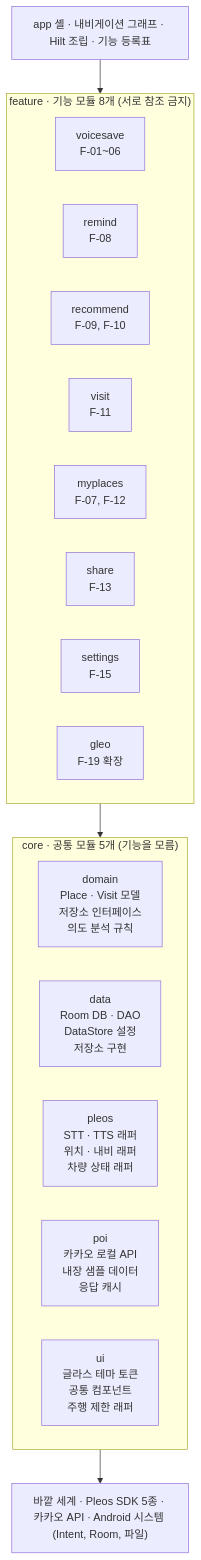
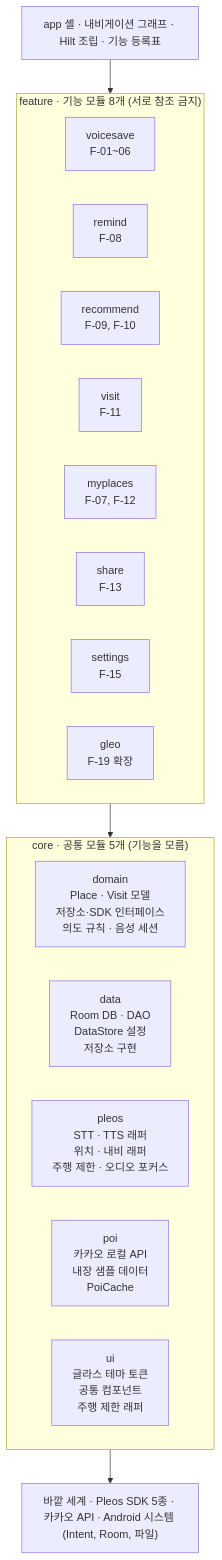
One commit to easycd/Hyundai_Pleos_App_Competition changed the first of 3 diagrams in docs/03_기술서.md. Above: the diagram before and after it, drawn with Mermaid. The commit also changed other lines of this file and 47 other files, not shown here.

````diff
--- a/docs/03_기술서.md
+++ b/docs/03_기술서.md
@@ -47,25 +49,25 @@
 ```mermaid
 flowchart TB
   APP["app 셸 · 내비게이션 그래프 · Hilt 조립 · 기능 등록표"]
   subgraph FEATURE["feature · 기능 모듈 8개 (서로 참조 금지)"]
     direction LR
     voicesave["voicesave<br/>F-01~06"]
     remind["remind<br/>F-08"]
     recommend["recommend<br/>F-09, F-10"]
     visit["visit<br/>F-11"]
     myplaces["myplaces<br/>F-07, F-12"]
     share["share<br/>F-13"]
     settings["settings<br/>F-15"]
     gleo["gleo<br/>F-19 확장"]
   end
   subgraph CORE["core · 공통 모듈 5개 (기능을 모름)"]
     direction LR
-    domain["domain<br/>Place · Visit 모델<br/>저장소 인터페이스<br/>의도 분석 규칙"]
+    domain["domain<br/>Place · Visit 모델<br/>저장소·SDK 인터페이스<br/>의도 규칙 · 음성 세션"]
     data["data<br/>Room DB · DAO<br/>DataStore 설정<br/>저장소 구현"]
-    pleos["pleos<br/>STT · TTS 래퍼<br/>위치 · 내비 래퍼<br/>차량 상태 래퍼"]
-    poi["poi<br/>카카오 로컬 API<br/>내장 샘플 데이터<br/>응답 캐시"]
+    pleos["pleos<br/>STT · TTS 래퍼<br/>위치 · 내비 래퍼<br/>주행 제한 · 오디오 포커스"]
+    poi["poi<br/>카카오 로컬 API<br/>내장 샘플 데이터<br/>PoiCache"]
     ui["ui<br/>글라스 테마 토큰<br/>공통 컴포넌트<br/>주행 제한 래퍼"]
   end
   OUT["바깥 세계 · Pleos SDK 5종 · 카카오 API · Android 시스템 (Intent, Room, 파일)"]
   APP --> FEATURE --> CORE --> OUT
 ```
````
